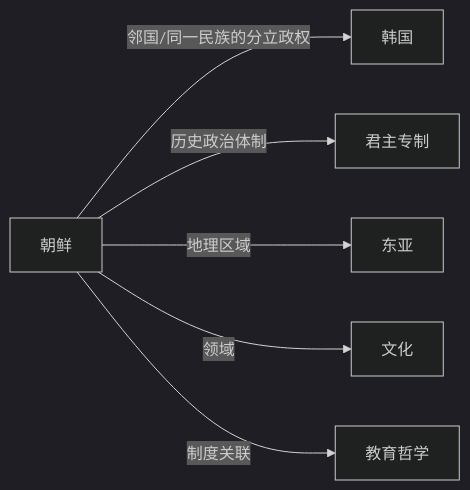
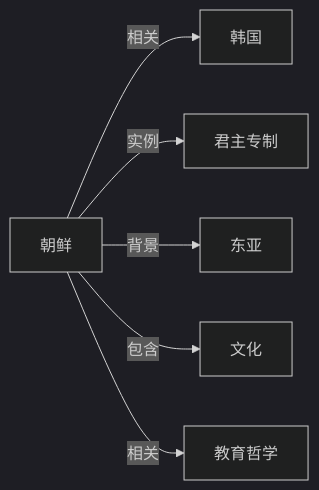
Before and after one commit to KIMMCHOW/MyKnowledge: the diagram in Knowledge/Concepts/政治/朝鲜.md, drawn with Mermaid (dark theme). The commit also changed 95 other files, not shown here.

Commit message:
reorganize: 统一关系图边标签为11类

````diff
--- a/Knowledge/Concepts/政治/朝鲜.md
+++ b/Knowledge/Concepts/政治/朝鲜.md
@@ -44,8 +44,8 @@
 ```mermaid
 graph LR
-朝鲜 -->|邻国/同一民族的分立政权| 韩国
-朝鲜 -->|历史政治体制| 君主专制
-朝鲜 -->|地理区域| 东亚
-朝鲜 -->|领域| 文化
-朝鲜 -->|制度关联| 教育哲学
+朝鲜 -->|相关| 韩国
+朝鲜 -->|实例| 君主专制
+朝鲜 -->|背景| 东亚
+朝鲜 -->|包含| 文化
+朝鲜 -->|相关| 教育哲学
 ```
````
